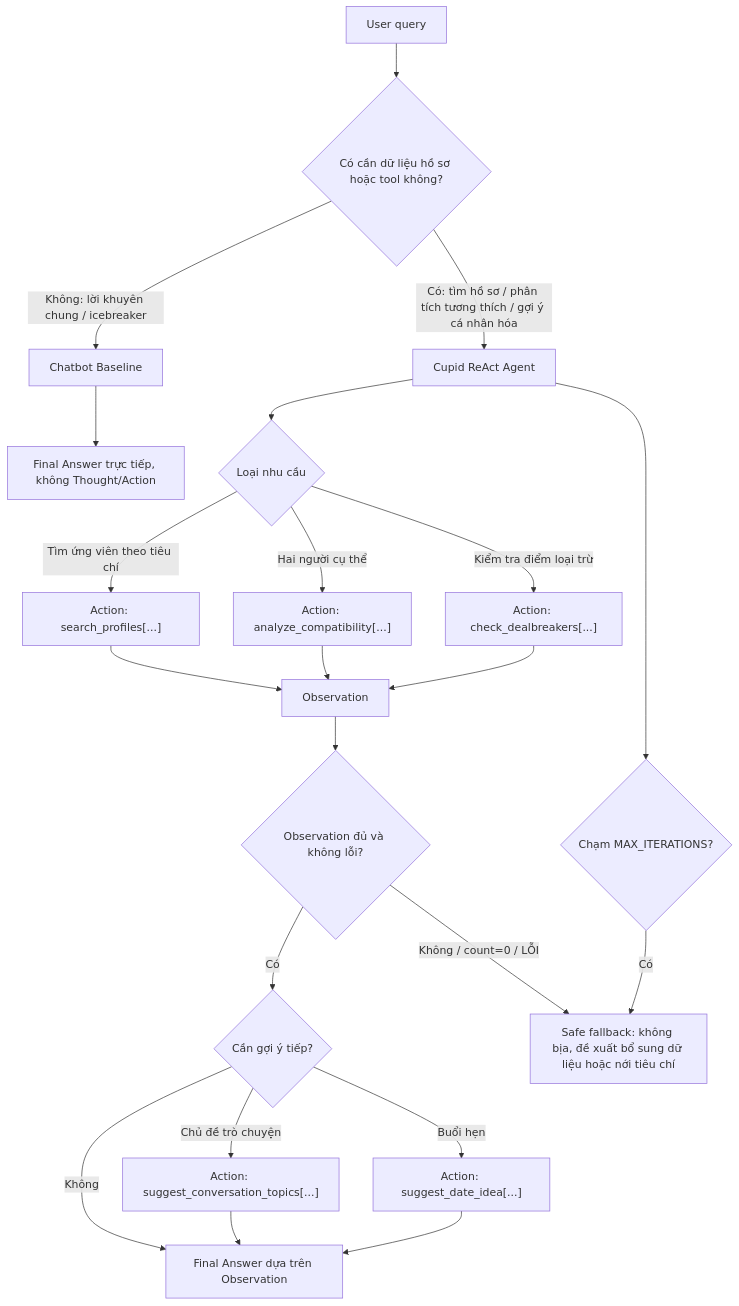
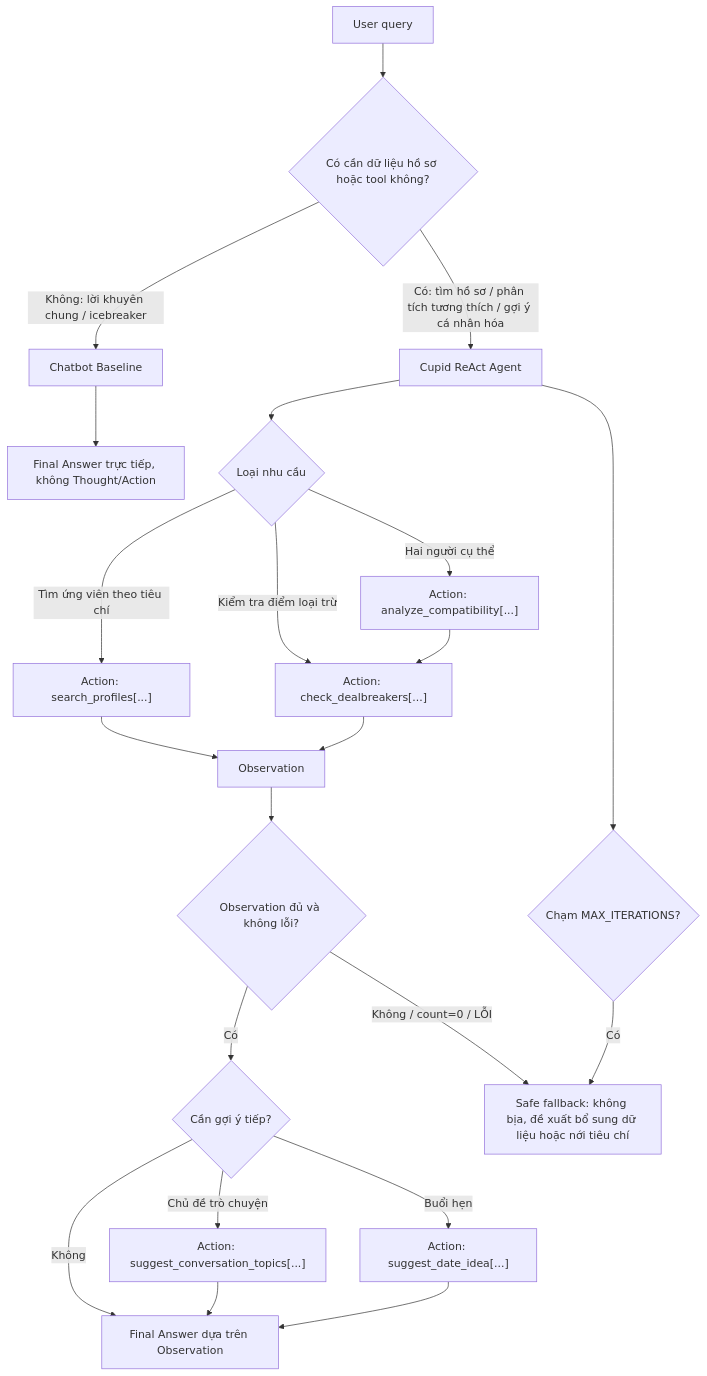
One commit to SonHeung-min/K3-Day03-C6-1-E403 changed the diagram in docs/hybrid_flowchart.mermaid. Above: the diagram before and after it, drawn with Mermaid. The commit also changed 4 other files, not shown here.

```diff
--- a/docs/hybrid_flowchart.mermaid
+++ b/docs/hybrid_flowchart.mermaid
@@ -1,30 +1,30 @@
 flowchart TD
     A["User query"] --> B{"Có cần dữ liệu hồ sơ hoặc tool không?"}
 
     B -->|"Không: lời khuyên chung / icebreaker"| C["Chatbot Baseline"]
     C --> D["Final Answer trực tiếp, không Thought/Action"]
 
     B -->|"Có: tìm hồ sơ / phân tích tương thích / gợi ý cá nhân hóa"| E["Cupid ReAct Agent"]
     E --> F{"Loại nhu cầu"}
 
     F -->|"Tìm ứng viên theo tiêu chí"| G["Action: search_profiles[...]"]
     F -->|"Hai người cụ thể"| H["Action: analyze_compatibility[...]"]
     F -->|"Kiểm tra điểm loại trừ"| I["Action: check_dealbreakers[...]"]
 
     G --> J["Observation"]
-    H --> J
+    H -->
     I --> J
 
     J --> K{"Observation đủ và không lỗi?"}
     K -->|"Có"| L{"Cần gợi ý tiếp?"}
     L -->|"Chủ đề trò chuyện"| M["Action: suggest_conversation_topics[...]"]
     L -->|"Buổi hẹn"| N["Action: suggest_date_idea[...]"]
     L -->|"Không"| O["Final Answer dựa trên Observation"]
 
     M --> O
     N --> O
 
     K -->|"Không / count=0 / LỖI"| P["Safe fallback: không bịa, đề xuất bổ sung dữ liệu hoặc nới tiêu chí"]
 
     E --> Q{"Chạm MAX_ITERATIONS?"}
     Q -->|"Có"| P
```
